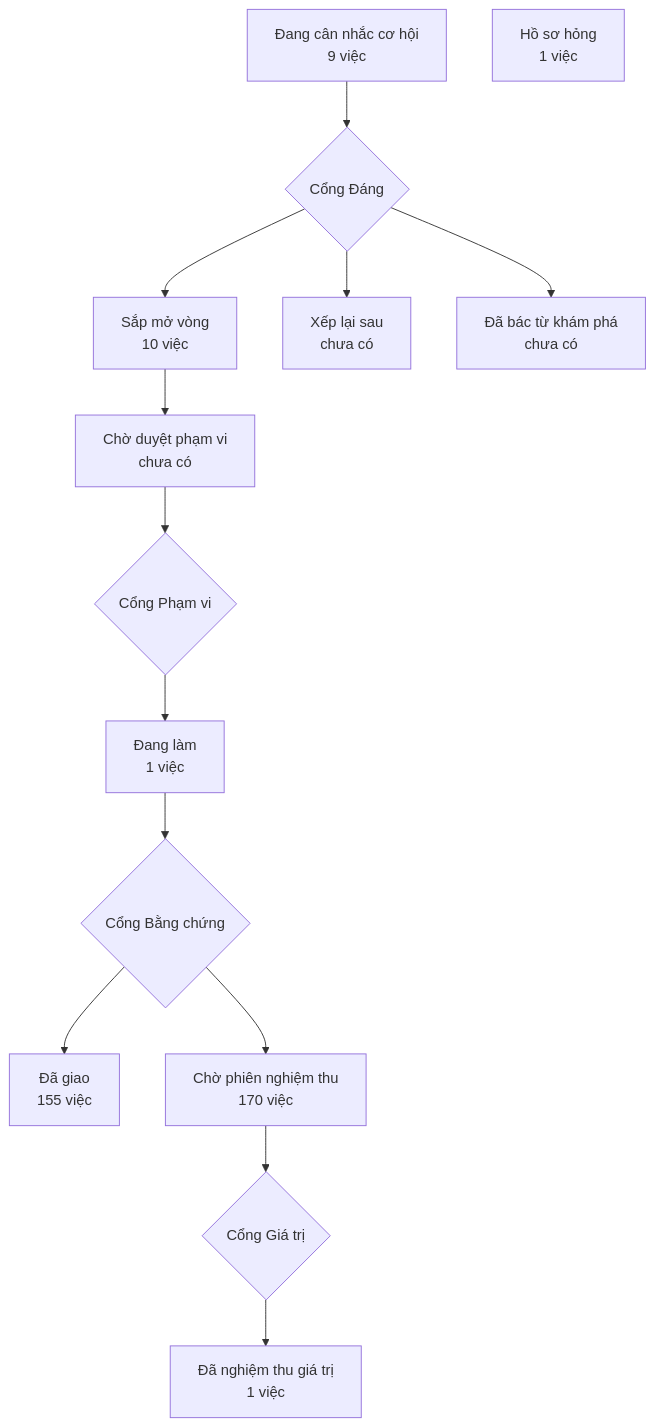
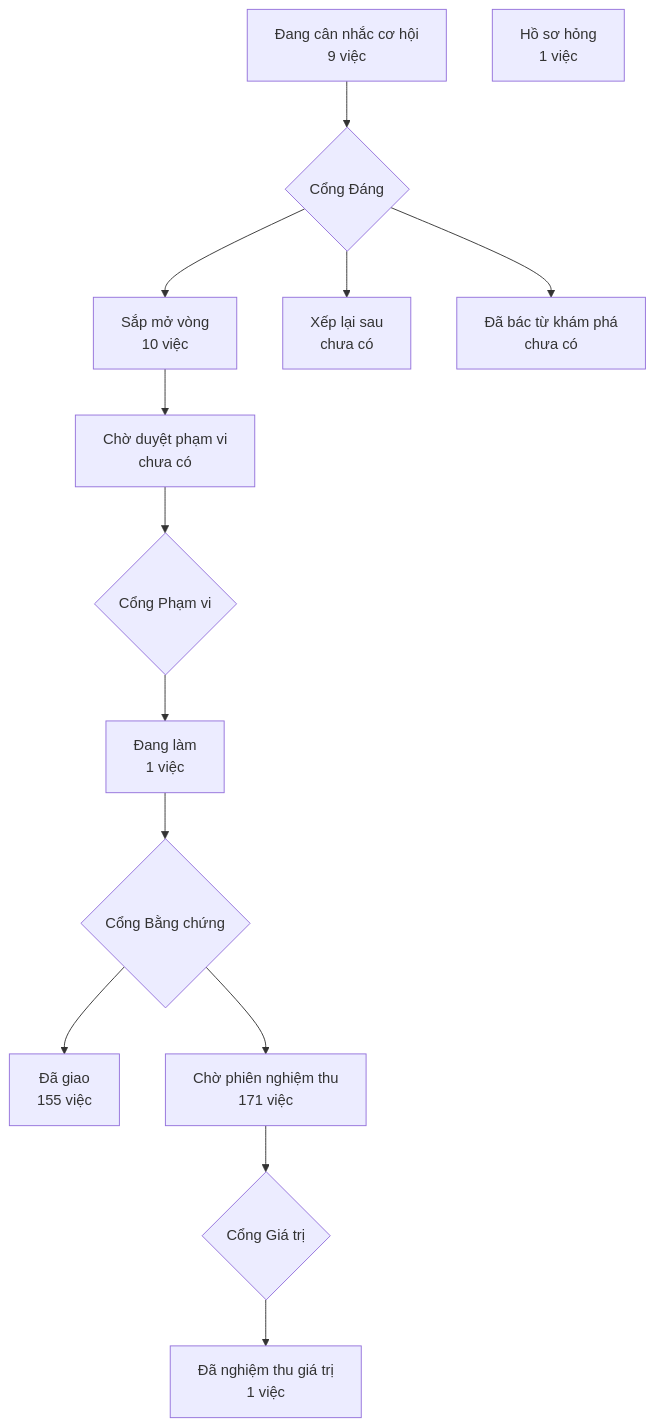
Before and after one commit to phanlemanh/crm-onehub: the diagram in PRODUCT-MAP.md, drawn with Mermaid. The commit also changed other lines of this file and 1 other file, not shown here.

Commit message:
docs(nhap-truong-luc-tao): vẽ lại bản đồ sau gộp onehub e7a8c0307

````diff
--- a/PRODUCT-MAP.md
+++ b/PRODUCT-MAP.md
@@ -7,13 +7,13 @@
 ```mermaid
 flowchart TD
   A["Đang cân nhắc cơ hội<br/>9 việc"] --> GD{"Cổng Đáng"}
   GD --> B["Sắp mở vòng<br/>10 việc"]
   GD --> XL["Xếp lại sau<br/>chưa có"]
   GD --> DB["Đã bác từ khám phá<br/>chưa có"]
   B --> CD["Chờ duyệt phạm vi<br/>chưa có"] --> GP{"Cổng Phạm vi"}
   GP --> DL["Đang làm<br/>1 việc"] --> GB{"Cổng Bằng chứng"}
   GB --> DG["Đã giao<br/>155 việc"]
-  GB --> CN["Chờ phiên nghiệm thu<br/>170 việc"] --> GG{"Cổng Giá trị"}
+  GB --> CN["Chờ phiên nghiệm thu<br/>171 việc"] --> GG{"Cổng Giá trị"}
   GG --> NT["Đã nghiệm thu giá trị<br/>1 việc"]
   HS["Hồ sơ hỏng<br/>1 việc"]
 ```
````
